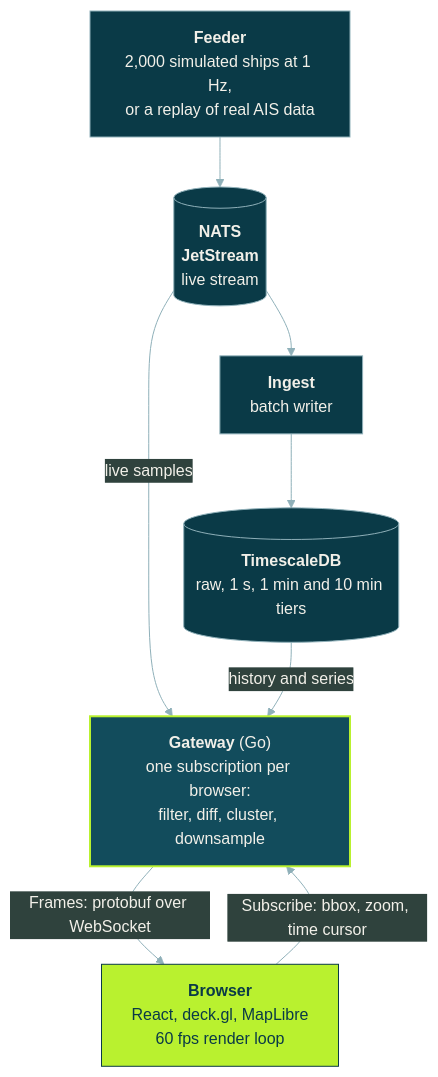
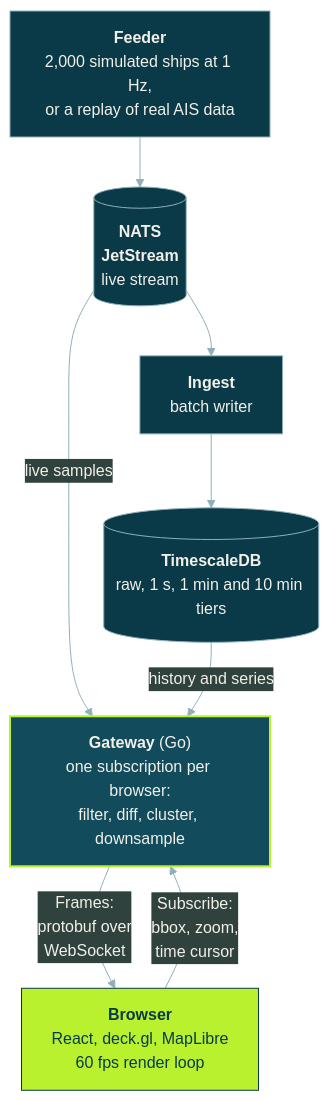
One commit to Jenil133/PortLink changed the first of 2 diagrams in README.md. Above: the diagram before and after it, drawn with Mermaid.

Commit message:
Wrap the browser and gateway edge labels so they are not clipped

````diff
--- a/README.md
+++ b/README.md
@@ -83,21 +83,21 @@
 ```mermaid
 %%{init: {'theme':'base','themeVariables':{'primaryColor':'#0A3A47','primaryTextColor':'#F2F0E9','primaryBorderColor':'#8FB0B9','lineColor':'#8FB0B9','secondaryColor':'#2F423D','tertiaryColor':'#062A35','fontFamily':'ui-sans-serif, system-ui'}}}%%
 flowchart TB
     F["<b>Feeder</b><br/>2,000 simulated ships at 1 Hz,<br/>or a replay of real AIS data"]
     N[("<b>NATS</b><br/><b>JetStream</b><br/>live stream")]
     I["<b>Ingest</b><br/>batch writer"]
     T[("<b>TimescaleDB</b><br/>raw, 1 s, 1 min and 10 min tiers")]
     G["<b>Gateway</b> (Go)<br/>one subscription per browser:<br/>filter, diff, cluster, downsample"]
     B["<b>Browser</b><br/>React, deck.gl, MapLibre<br/>60 fps render loop"]
 
     F --> N
     N --> I
     I --> T
     N -- "live samples" --> G
     T -- "history and series" --> G
-    B -- "Subscribe: bbox, zoom, time cursor" --> G
-    G -- "Frames: protobuf over WebSocket" --> B
+    B -- "Subscribe:<br/>bbox, zoom,<br/>time cursor" --> G
+    G -- "Frames:<br/>protobuf over<br/>WebSocket" --> B
 
     style B fill:#B9F12F,color:#0A3A47,stroke:#0A3A47
     style G fill:#124C5C,color:#F2F0E9,stroke:#B9F12F,stroke-width:2px
 ```
````
